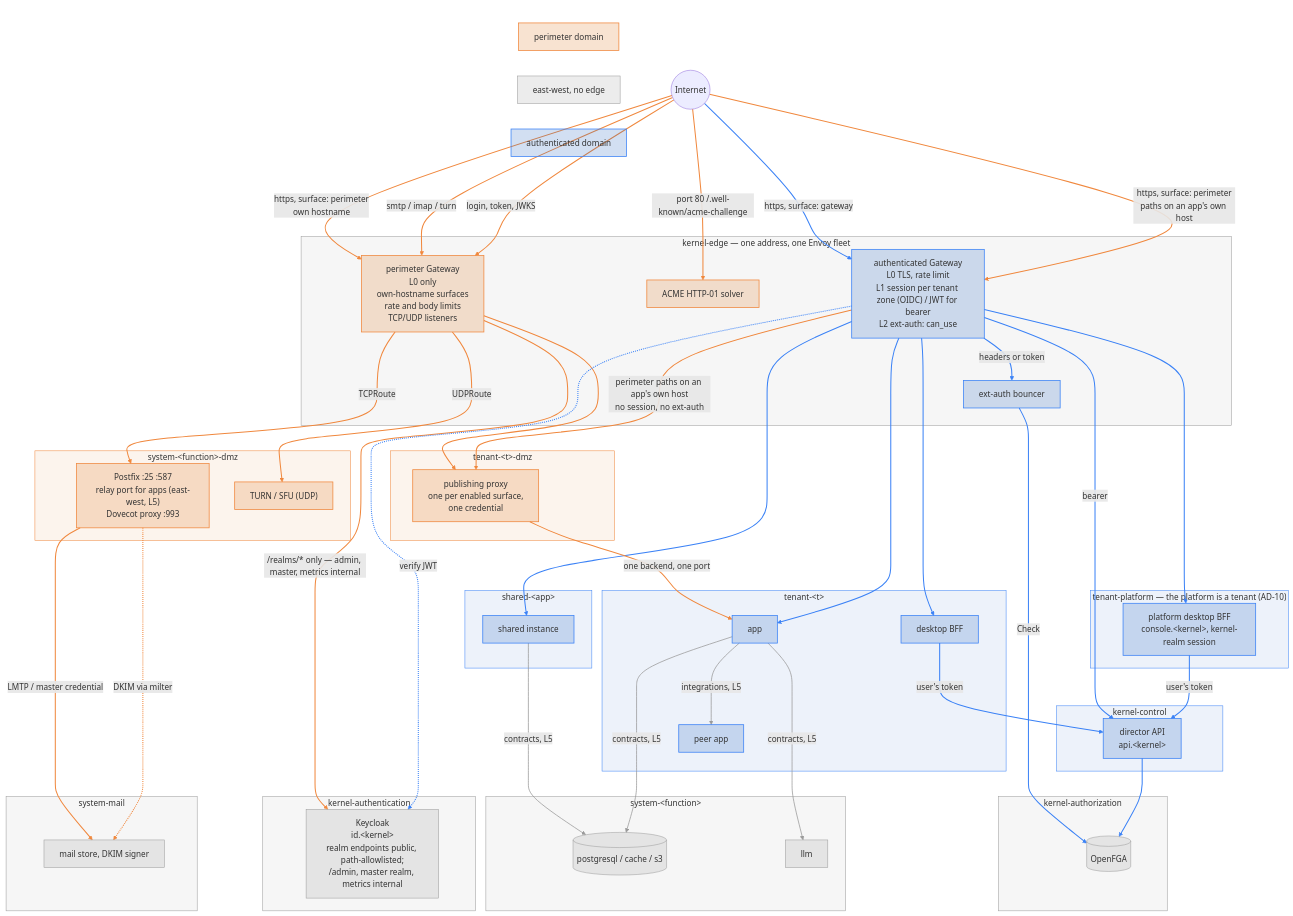
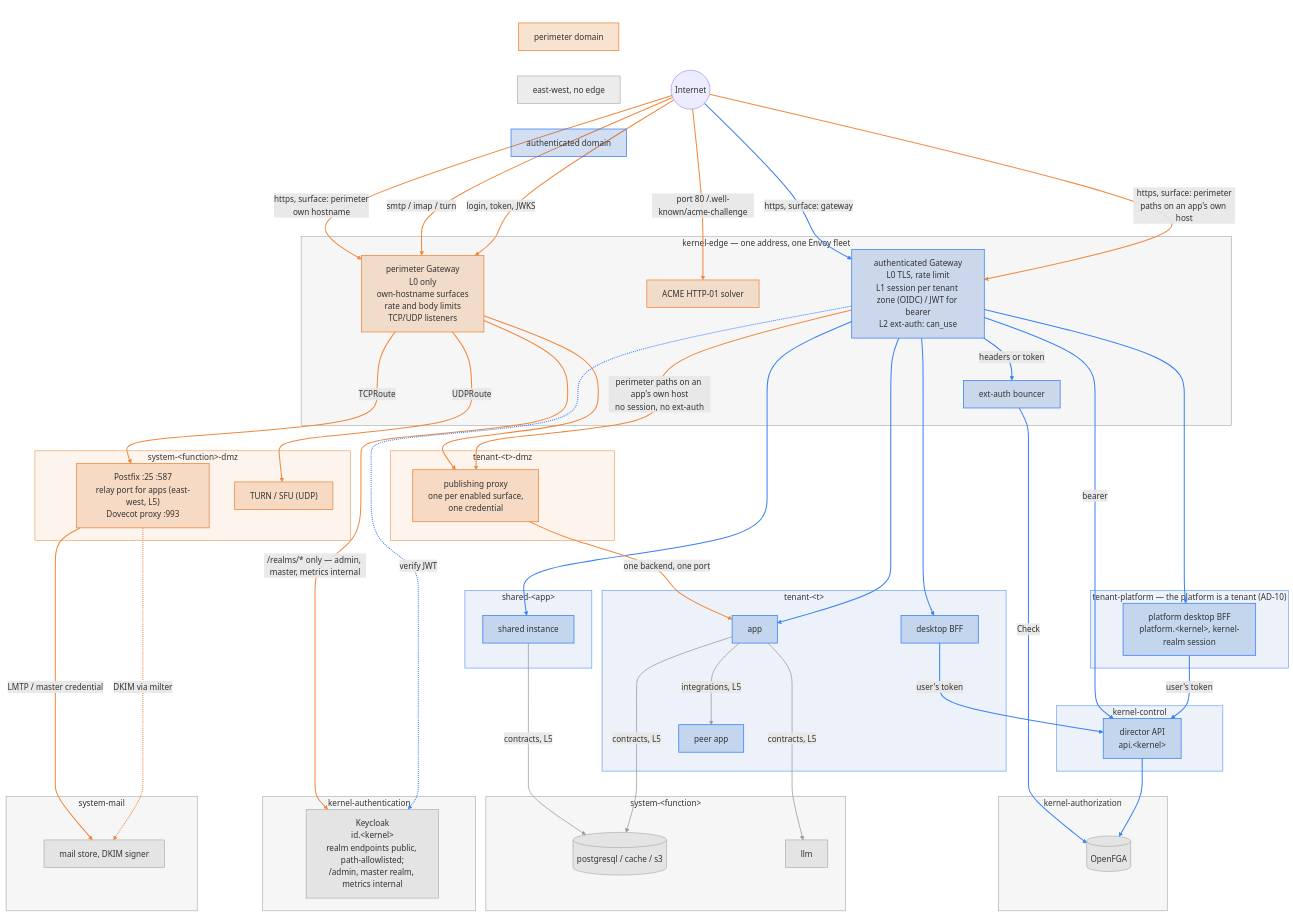
One commit to gentian-org/gentian-os changed the diagram in docs/plans/networking.md. Above: the diagram before and after it, drawn with Mermaid. The commit also changed other lines of this file and 47 other files, not shown here.

```diff
--- a/docs/plans/networking.md
+++ b/docs/plans/networking.md
@@ -83,7 +83,7 @@
     end
 
     subgraph TPLAT["tenant-platform — the platform is a tenant (AD-10)"]
-        CON["platform desktop BFF<br/>console.&lt;kernel&gt;, kernel-realm session"]
+        CON["platform desktop BFF<br/>platform.&lt;kernel&gt;, kernel-realm session"]
     end
 
     subgraph SHR["shared-&lt;app&gt;"]
```
